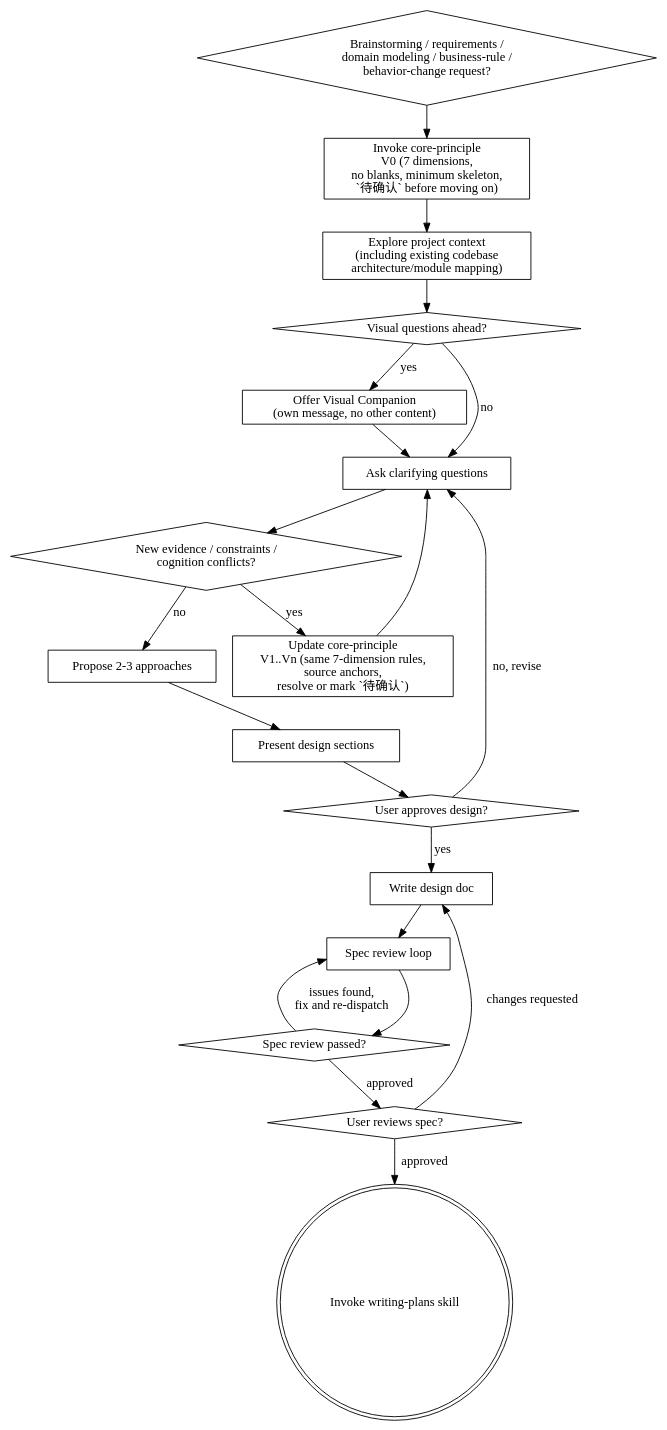
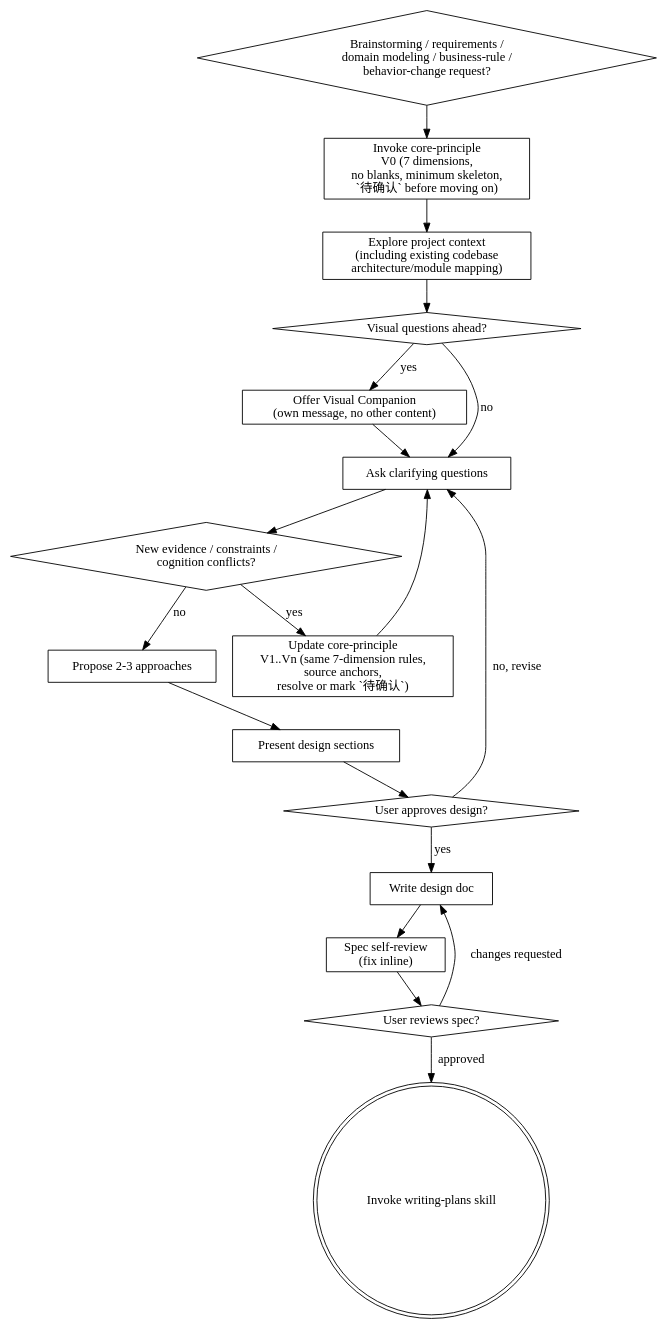
Before and after one commit to metanet4jDev/superpowers-core-principle: the diagram in skills/brainstorming/SKILL.md, drawn with Graphviz. The commit also changed other lines of this file and 29 other files, not shown here.

````diff
--- a/skills/brainstorming/SKILL.md
+++ b/skills/brainstorming/SKILL.md
@@ -39,41 +39,38 @@
 ```dot
 digraph brainstorming {
     "Brainstorming / requirements /\ndomain modeling / business-rule /\nbehavior-change request?" [shape=diamond];
     "Invoke core-principle\nV0 (7 dimensions,\nno blanks, minimum skeleton,\n`待确认` before moving on)" [shape=box];
     "Explore project context\n(including existing codebase\narchitecture/module mapping)" [shape=box];
     "Visual questions ahead?" [shape=diamond];
     "Offer Visual Companion\n(own message, no other content)" [shape=box];
     "Ask clarifying questions" [shape=box];
     "New evidence / constraints /\ncognition conflicts?" [shape=diamond];
     "Update core-principle\nV1..Vn (same 7-dimension rules,\nsource anchors,\nresolve or mark `待确认`)" [shape=box];
     "Propose 2-3 approaches" [shape=box];
     "Present design sections" [shape=box];
     "User approves design?" [shape=diamond];
     "Write design doc" [shape=box];
-    "Spec review loop" [shape=box];
-    "Spec review passed?" [shape=diamond];
+    "Spec self-review\n(fix inline)" [shape=box];
     "User reviews spec?" [shape=diamond];
     "Invoke writing-plans skill" [shape=doublecircle];
 
     "Brainstorming / requirements /\ndomain modeling / business-rule /\nbehavior-change request?" -> "Invoke core-principle\nV0 (7 dimensions,\nno blanks, minimum skeleton,\n`待确认` before moving on)";
     "Invoke core-principle\nV0 (7 dimensions,\nno blanks, minimum skeleton,\n`待确认` before moving on)" -> "Explore project context\n(including existing codebase\narchitecture/module mapping)";
     "Explore project context\n(including existing codebase\narchitecture/module mapping)" -> "Visual questions ahead?";
     "Visual questions ahead?" -> "Offer Visual Companion\n(own message, no other content)" [label="yes"];
     "Visual questions ahead?" -> "Ask clarifying questions" [label="no"];
     "Offer Visual Companion\n(own message, no other content)" -> "Ask clarifying questions";
     "Ask clarifying questions" -> "New evidence / constraints /\ncognition conflicts?";
     "New evidence / constraints /\ncognition conflicts?" -> "Update core-principle\nV1..Vn (same 7-dimension rules,\nsource anchors,\nresolve or mark `待确认`)" [label="yes"];
     "Update core-principle\nV1..Vn (same 7-dimension rules,\nsource anchors,\nresolve or mark `待确认`)" -> "Ask clarifying questions";
     "New evidence / constraints /\ncognition conflicts?" -> "Propose 2-3 approaches" [label="no"];
     "Propose 2-3 approaches" -> "Present design sections";
     "Present design sections" -> "User approves design?";
     "User approves design?" -> "Ask clarifying questions" [label="no, revise"];
     "User approves design?" -> "Write design doc" [label="yes"];
-    "Write design doc" -> "Spec review loop";
-    "Spec review loop" -> "Spec review passed?";
-    "Spec review passed?" -> "Spec review loop" [label="issues found,\nfix and re-dispatch"];
-    "Spec review passed?" -> "User reviews spec?" [label="approved"];
+    "Write design doc" -> "Spec self-review\n(fix inline)";
+    "Spec self-review\n(fix inline)" -> "User reviews spec?";
     "User reviews spec?" -> "Write design doc" [label="changes requested"];
     "User reviews spec?" -> "Invoke writing-plans skill" [label="approved"];
 }
 ```
````
